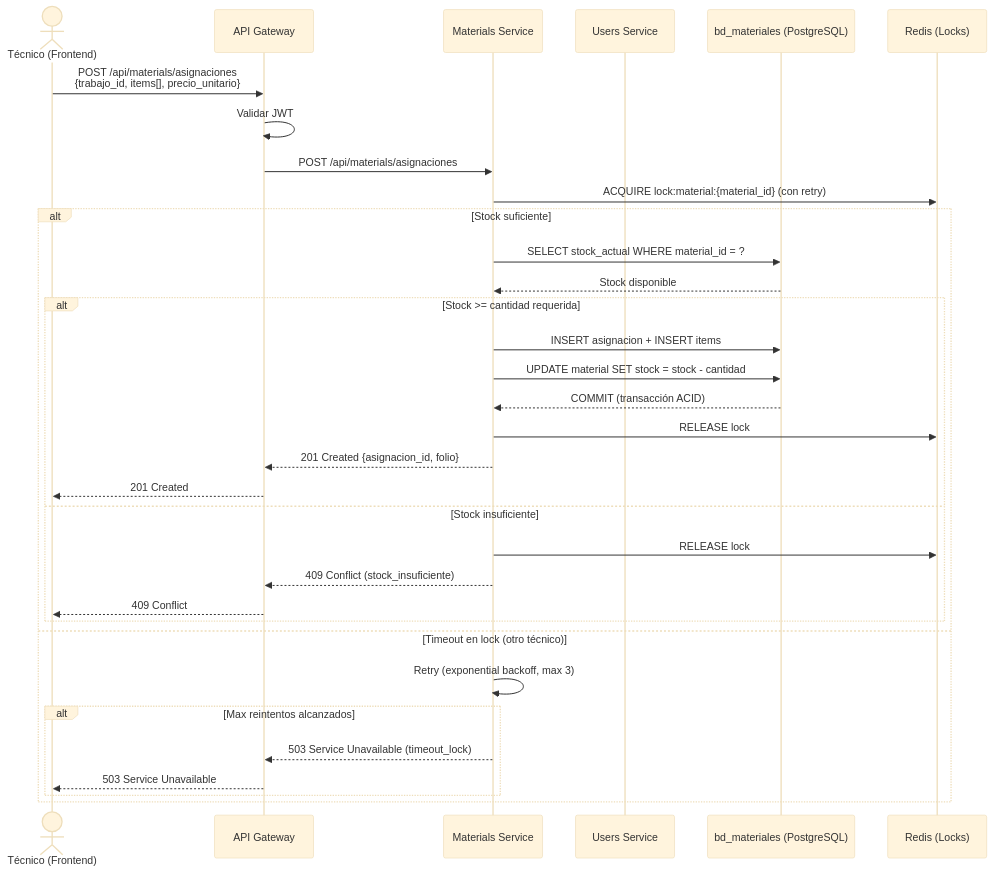
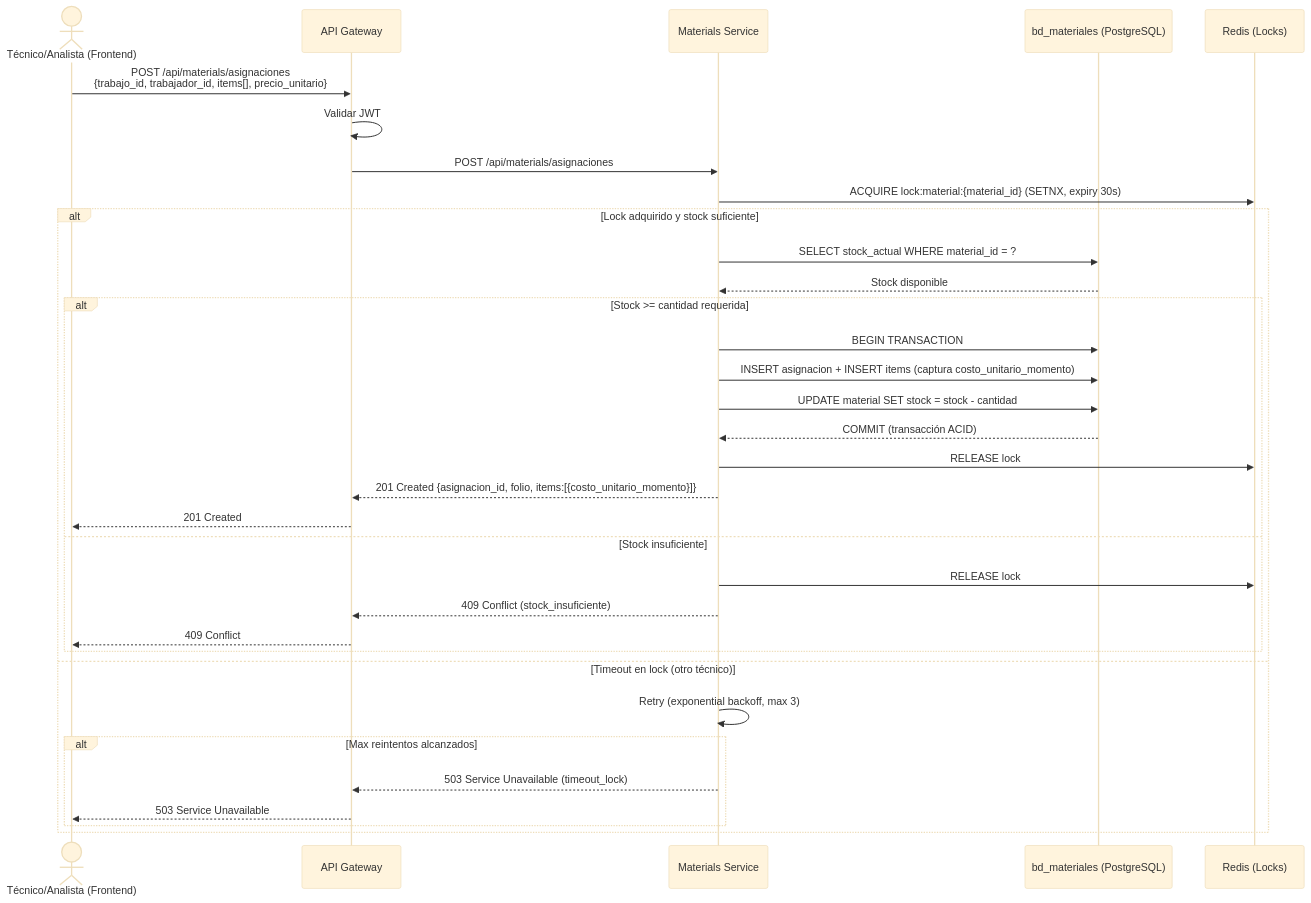
One commit to ybotet/SISGAD5_1.0 changed the fourth of 7 diagrams in docs/diagrams/sequence_diagrams/sequence_diagrams.md. Above: the diagram before and after it, drawn with Mermaid (base theme). The commit also changed other lines of this file and 7 other files, not shown here.

First line of the commit message:
docs(diagrams): fusionar diagramas de secuencia en documento canónico (7 escenarios)

````diff
--- a/docs/diagrams/sequence_diagrams/sequence_diagrams.md
+++ b/docs/diagrams/sequence_diagrams/sequence_diagrams.md
@@ -70,36 +234,36 @@
 ```mermaid
 sequenceDiagram
-    actor T as Técnico (Frontend)
+    actor T as Técnico/Analista (Frontend)
     participant GW as API Gateway
     participant MS as Materials Service
-    participant US as Users Service
     participant MADB as bd_materiales (PostgreSQL)
     participant RDX as Redis (Locks)
 
-    T->>GW: POST /api/materials/asignaciones<br/>{trabajo_id, items[], precio_unitario}
+    T->>GW: POST /api/materials/asignaciones<br/>{trabajo_id, trabajador_id, items[], precio_unitario}
     GW->>GW: Validar JWT
     GW->>MS: POST /api/materials/asignaciones
-    MS->>RDX: ACQUIRE lock:material:{material_id} (con retry)
-    alt Stock suficiente
+    MS->>RDX: ACQUIRE lock:material:{material_id} (SETNX, expiry 30s)
+    alt Lock adquirido y stock suficiente
         MS->>MADB: SELECT stock_actual WHERE material_id = ?
         MADB-->>MS: Stock disponible
         alt Stock >= cantidad requerida
-            MS->>MADB: INSERT asignacion + INSERT items
+            MS->>MADB: BEGIN TRANSACTION
+            MS->>MADB: INSERT asignacion + INSERT items (captura costo_unitario_momento)
             MS->>MADB: UPDATE material SET stock = stock - cantidad
             MADB-->>MS: COMMIT (transacción ACID)
             MS->>RDX: RELEASE lock
-            MS-->>GW: 201 Created {asignacion_id, folio}
+            MS-->>GW: 201 Created {asignacion_id, folio, items:[{costo_unitario_momento}]}
             GW-->>T: 201 Created
         else Stock insuficiente
             MS->>RDX: RELEASE lock
             MS-->>GW: 409 Conflict (stock_insuficiente)
             GW-->>T: 409 Conflict
         end
     else Timeout en lock (otro técnico)
         MS->>MS: Retry (exponential backoff, max 3)
         alt Max reintentos alcanzados
             MS-->>GW: 503 Service Unavailable (timeout_lock)
             GW-->>T: 503 Service Unavailable
         end
     end
 ```
````
